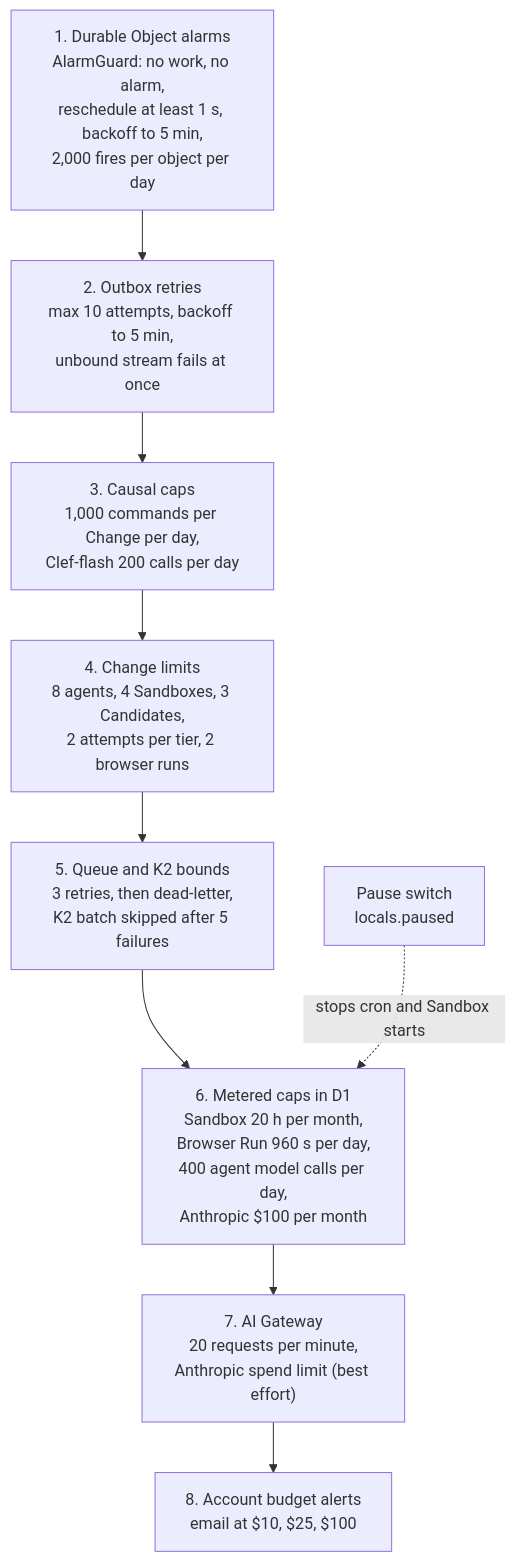
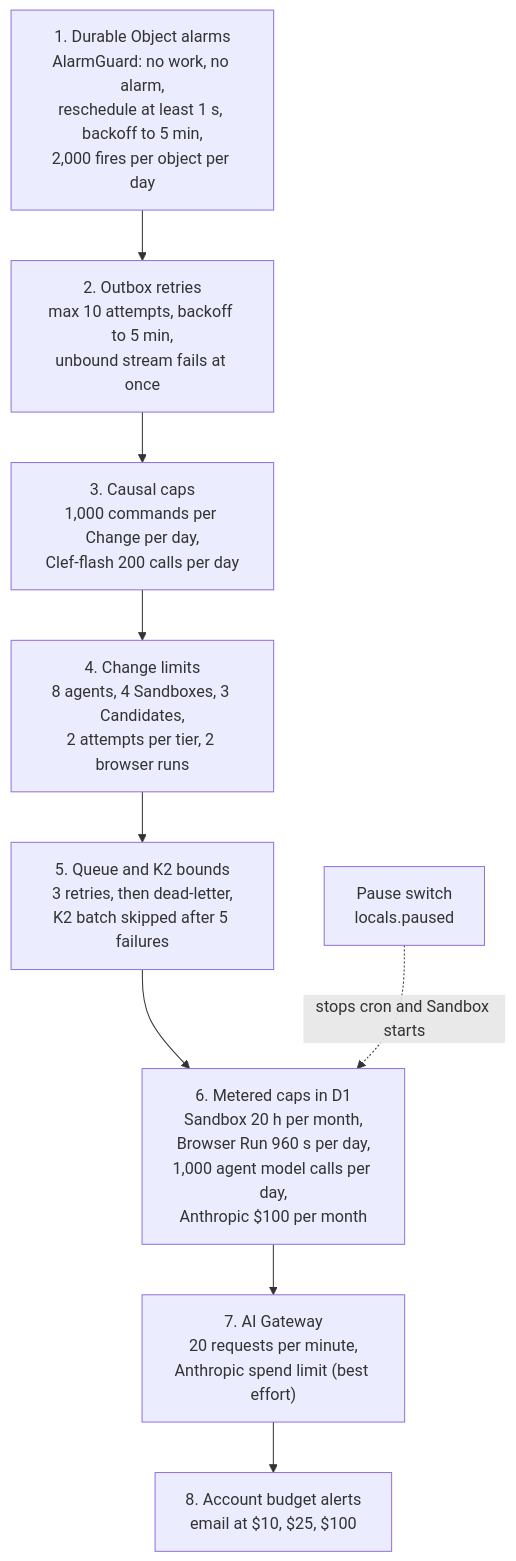
The fifth of 6 diagrams in docs/architecture/infrastructure-and-cost.md (nsudhanva/rhumbatron), drawn with Mermaid before and after one commit. The commit also changed other lines of this file and 5 other files, not shown here.

First line of the commit message:
chore(model-router): raise the agent call cap to 1,000 per day

````diff
--- a/docs/architecture/infrastructure-and-cost.md
+++ b/docs/architecture/infrastructure-and-cost.md
@@ -137,14 +137,14 @@
 ```mermaid
 flowchart TB
   L1["1. Durable Object alarms<br/>AlarmGuard: no work, no alarm,<br/>reschedule at least 1 s, backoff to 5 min,<br/>2,000 fires per object per day"]
   L2["2. Outbox retries<br/>max 10 attempts, backoff to 5 min,<br/>unbound stream fails at once"]
   L3["3. Causal caps<br/>1,000 commands per Change per day,<br/>Clef-flash 200 calls per day"]
   L4["4. Change limits<br/>8 agents, 4 Sandboxes, 3 Candidates,<br/>2 attempts per tier, 2 browser runs"]
   L5["5. Queue and K2 bounds<br/>3 retries, then dead-letter,<br/>K2 batch skipped after 5 failures"]
-  L6["6. Metered caps in D1<br/>Sandbox 20 h per month,<br/>Browser Run 960 s per day,<br/>400 agent model calls per day,<br/>Anthropic $100 per month"]
+  L6["6. Metered caps in D1<br/>Sandbox 20 h per month,<br/>Browser Run 960 s per day,<br/>1,000 agent model calls per day,<br/>Anthropic $100 per month"]
   L7["7. AI Gateway<br/>20 requests per minute,<br/>Anthropic spend limit (best effort)"]
   L8["8. Account budget alerts<br/>email at $10, $25, $100"]
   L9["Pause switch<br/>locals.paused"]
   L1 --> L2 --> L3 --> L4 --> L5 --> L6 --> L7 --> L8
   L9 -.->|"stops cron and Sandbox starts"| L6
 ```
````
